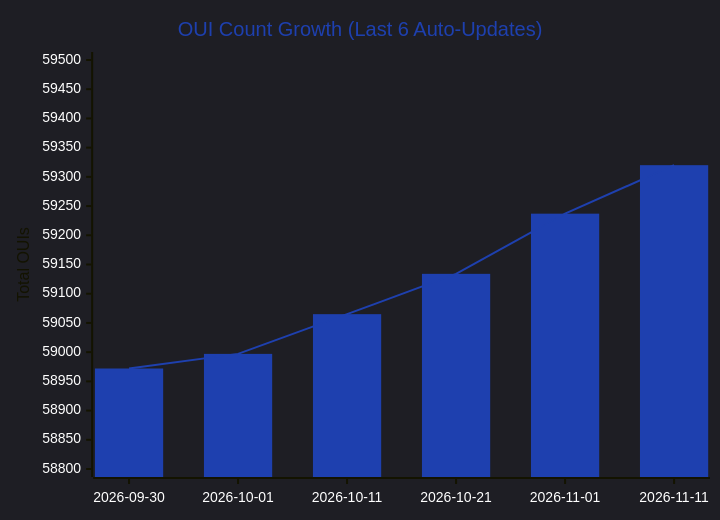
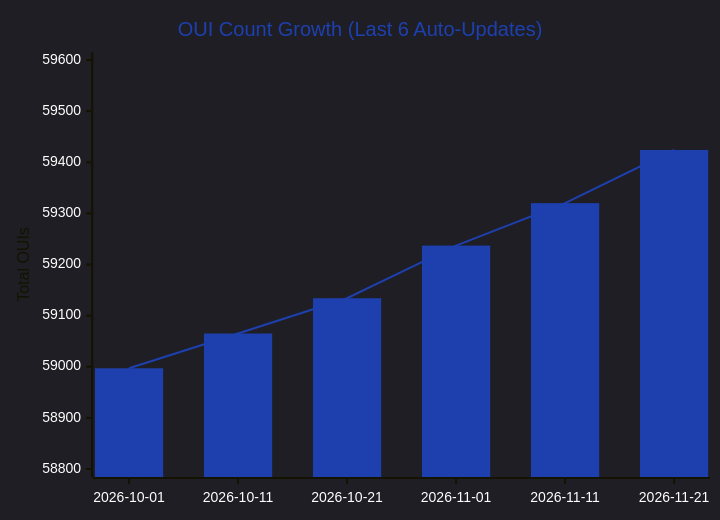
The first of 5 diagrams in data/readmes/Ringmast4r__OUI-Master-Database.md (zqf20096327/dbhub_collect), drawn with Mermaid before and after one commit. The commit also changed other lines of this file and 740 other files, not shown here.

````diff
--- a/data/readmes/Ringmast4r__OUI-Master-Database.md
+++ b/data/readmes/Ringmast4r__OUI-Master-Database.md
@@ -75,9 +75,9 @@
 ```mermaid
 %%{init: {'theme':'dark', 'themeVariables': {'xyChart': {'backgroundColor':'#00000000','plotColorPalette':'#1E40AF','titleColor':'#1E40AF','xAxisLabelColor':'#ffffff','yAxisLabelColor':'#ffffff'}}}}%%
 xychart-beta
     title "OUI Count Growth (Last 6 Auto-Updates)"
-    x-axis ["2026-09-30", "2026-10-01", "2026-10-11", "2026-10-21", "2026-11-01", "2026-11-11"]
-    y-axis "Total OUIs" 58800 --> 59500
-    bar [58972, 58997, 59065, 59134, 59237, 59320]
-    line [58972, 58997, 59065, 59134, 59237, 59320]
+    x-axis ["2026-10-01", "2026-10-11", "2026-10-21", "2026-11-01", "2026-11-11", "2026-11-21"]
+    y-axis "Total OUIs" 58800 --> 59600
+    bar [58997, 59065, 59134, 59237, 59320, 59424]
+    line [58997, 59065, 59134, 59237, 59320, 59424]
 ```
````
